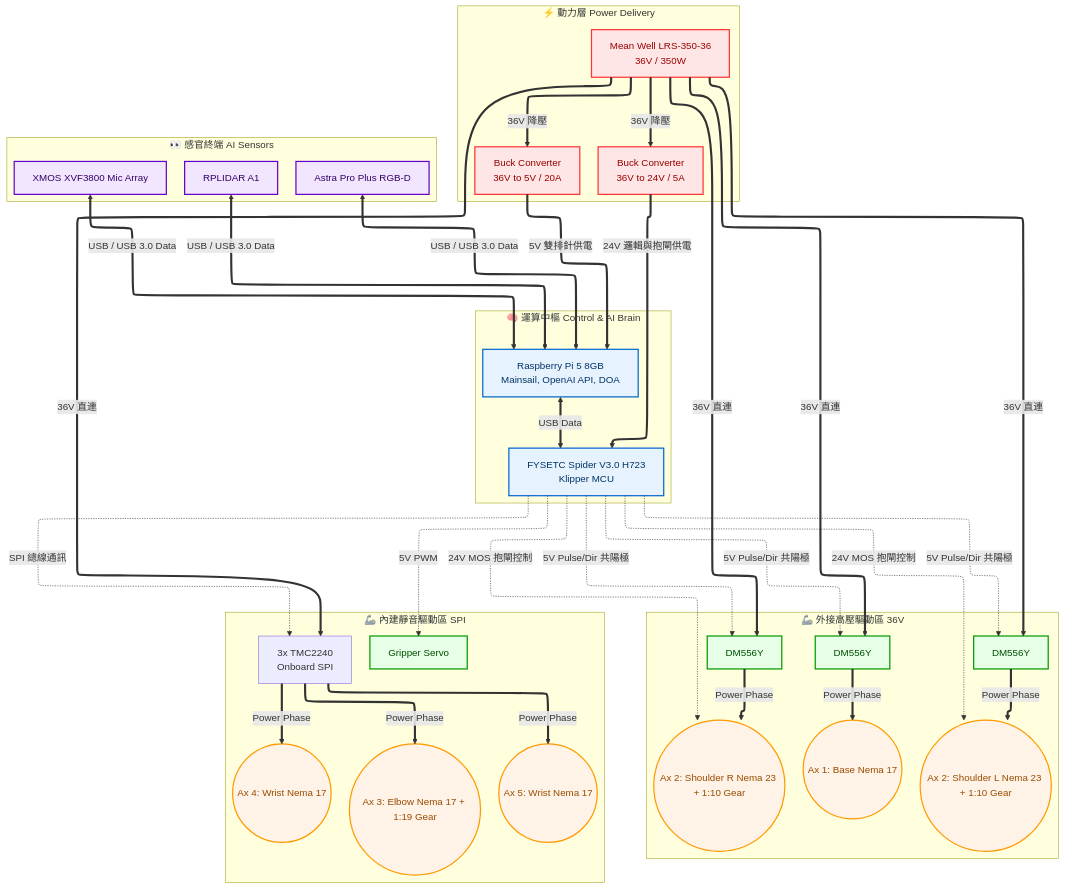
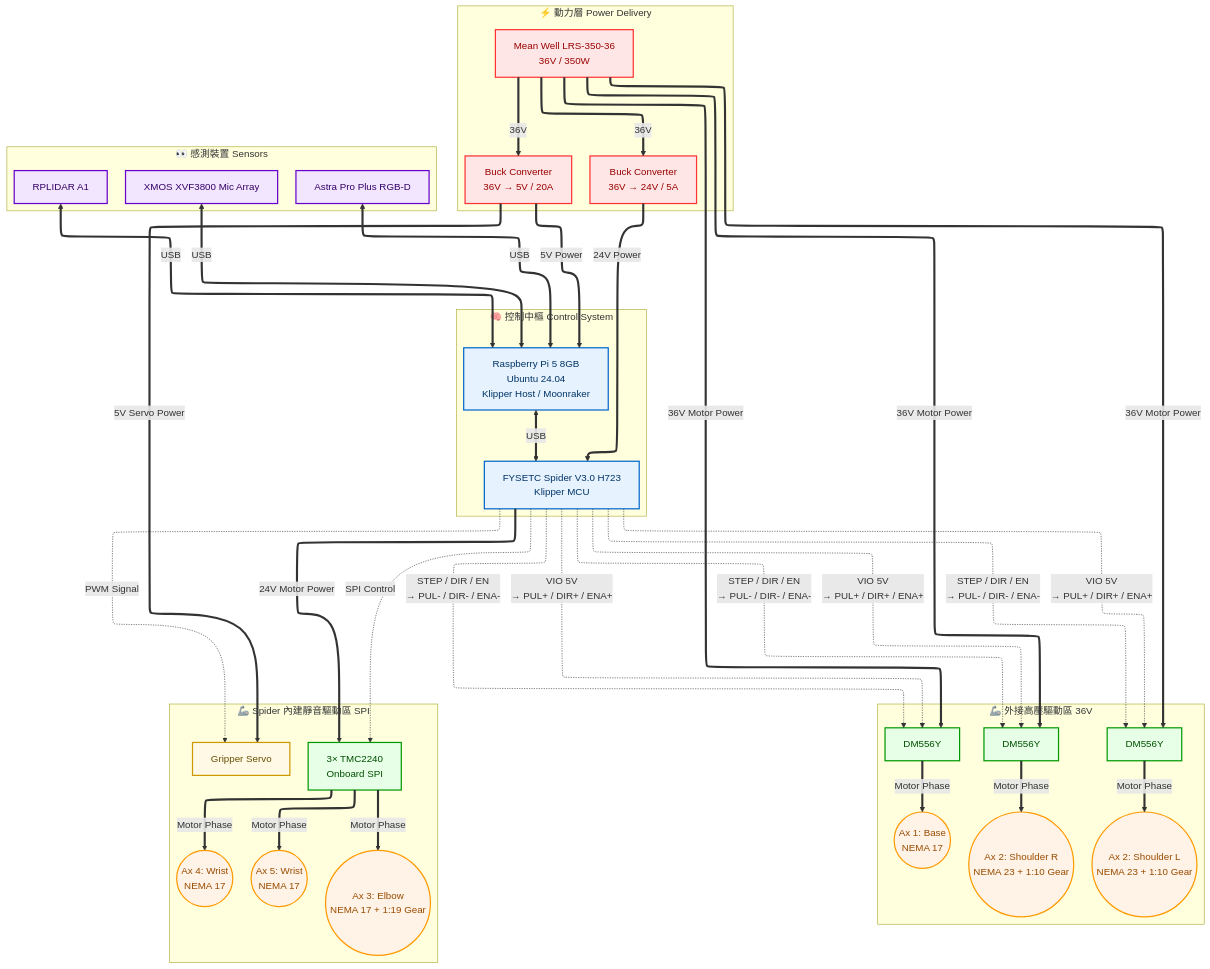
The diagram in README.md (chuangivan/Moveo-AI-Klipper-Integration), drawn with Mermaid before and after one commit. The commit also changed other lines of this file, not shown here.

Commit message:
Revise README for Moveo-AI project
Updated project description and hardware specifications for clarity and detail.

````diff
--- a/README.md
+++ b/README.md
@@ -26,78 +30,139 @@
   layout: elk
 ---
 flowchart TB
- subgraph PowerLayer["⚡ 動力層 Power Delivery"]
+
+  subgraph PowerLayer["⚡ 動力層 Power Delivery"]
     direction LR
-        PSU["Mean Well LRS-350-36<br>36V / 350W"]
-        Buck5V["Buck Converter<br>36V to 5V / 20A"]
-        Buck24V["Buck Converter<br>36V to 24V / 5A"]
+      PSU["Mean Well LRS-350-36<br>36V / 350W"]
+      Buck5V["Buck Converter<br>36V → 5V / 20A"]
+      Buck24V["Buck Converter<br>36V → 24V / 5A"]
   end
- subgraph ComputeLayer["🧠 運算中樞 Control & AI Brain"]
+
+  subgraph ComputeLayer["🧠 控制中樞 Control System"]
     direction LR
-        Pi5["Raspberry Pi 5 8GB<br>Mainsail, OpenAI API, DOA"]
-        Spider["FYSETC Spider V3.0 H723<br>Klipper MCU"]
+      Pi5["Raspberry Pi 5 8GB<br>Ubuntu 24.04<br>Klipper Host / Moonraker"]
+      Spider["FYSETC Spider V3.0 H723<br>Klipper MCU"]
   end
- subgraph SensorLayer["👀 感官終端 AI Sensors"]
+
+  subgraph SensorLayer["👀 感測裝置 Sensors"]
     direction TB
-        Mic["XMOS XVF3800 Mic Array"]
-        Cam["Astra Pro Plus RGB-D"]
-        Lidar["RPLIDAR A1"]
+      Mic["XMOS XVF3800 Mic Array"]
+      Cam["Astra Pro Plus RGB-D"]
+      Lidar["RPLIDAR A1"]
   end
- subgraph ExtDrive["🦾 外接高壓驅動區 36V"]
+
+  subgraph ExtDrive["🦾 外接高壓驅動區 36V"]
     direction TB
-        DM1["DM556Y"]
-        DM2L["DM556Y"]
-        DM2R["DM556Y"]
-        M1(("Ax 1: Base Nema 17"))
-        M2L(("Ax 2: Shoulder L Nema 23 + 1:10 Gear"))
-        M2R(("Ax 2: Shoulder R Nema 23 + 1:10 Gear"))
+      DM1["DM556Y"]
+      DM2L["DM556Y"]
+      DM2R["DM556Y"]
+
+      M1(("Ax 1: Base<br>NEMA 17"))
+      M2L(("Ax 2: Shoulder L<br>NEMA 23 + 1:10 Gear"))
+      M2R(("Ax 2: Shoulder R<br>NEMA 23 + 1:10 Gear"))
   end
- subgraph IntDrive["🦾 內建靜音驅動區 SPI"]
+
+  subgraph IntDrive["🦾 Spider 內建靜音驅動區 SPI"]
     direction TB
-        TMC["3x TMC2240<br>Onboard SPI"]
-        M3(("Ax 3: Elbow Nema 17 + 1:19 Gear"))
-        M4(("Ax 4: Wrist Nema 17"))
-        M5(("Ax 5: Wrist Nema 17"))
-        Servo["Gripper Servo"]
+      TMC["3× TMC2240<br>Onboard SPI"]
+      M3(("Ax 3: Elbow<br>NEMA 17 + 1:19 Gear"))
+      M4(("Ax 4: Wrist<br>NEMA 17"))
+      M5(("Ax 5: Wrist<br>NEMA 17"))
+      Servo["Gripper Servo"]
   end
-    PSU == 36V 直連 ==> DM1 & DM2L & DM2R & TMC
-    PSU == 36V 降壓 ==> Buck5V & Buck24V
-    Buck5V == 5V 雙排針供電 ==> Pi5
-    Buck24V == 24V 邏輯與抱閘供電 ==> Spider
-    Mic <== "USB / USB 3.0 Data" ==> Pi5
-    Cam <== "USB / USB 3.0 Data" ==> Pi5
-    Lidar <== "USB / USB 3.0 Data" ==> Pi5
-    Pi5 <== USB Data ==> Spider
-    Spider -. 5V Pulse/Dir 共陽極 .-> DM1 & DM2L & DM2R
-    Spider -. SPI 總線通訊 .-> TMC
-    Spider -. 24V MOS 抱閘控制 .-> M2L & M2R
-    Spider -. 5V PWM .-> Servo
-    DM1 == Power Phase ===> M1
-    DM2L == Power Phase ===> M2L
-    DM2R == Power Phase ===> M2R
-    TMC == Power Phase ===> M3 & M4 & M5
 
-     PSU:::power
-     Buck5V:::power
-     Buck24V:::power
-     Pi5:::compute
-     Spider:::compute
-     Mic:::ai
-     Cam:::ai
-     Lidar:::ai
-     DM1:::driver
-     DM2L:::driver
-     DM2R:::driver
-     M1:::motor
-     M2L:::motor
-     M2R:::motor
-     M3:::motor
-     M4:::motor
-     M5:::motor
-     Servo:::driver
-    classDef power fill:#ffe6e6,stroke:#ff3333,stroke-width:2px,color:#990000
-    classDef compute fill:#e6f3ff,stroke:#0066cc,stroke-width:2px,color:#003366
-    classDef driver fill:#e6ffe6,stroke:#009900,stroke-width:2px,color:#004d00
-    classDef motor fill:#fff2e6,stroke:#ff9900,stroke-width:2px,color:#994c00
-    classDef ai fill:#f2e6ff,stroke:#6600cc,stroke-width:2px,color:#330066
+  %% =========================
+  %% Power Distribution
+  %% =========================
+
+  PSU == "36V Motor Power" ==> DM1 & DM2L & DM2R
+  PSU == "36V" ==> Buck5V & Buck24V
+
+  Buck5V == "5V Power" ==> Pi5
+  Buck5V == "5V Servo Power" ==> Servo
+
+  Buck24V == "24V Power" ==> Spider
+
+  %% =========================
+  %% Sensors
+  %% =========================
+
+  Mic <== "USB" ==> Pi5
+  Cam <== "USB" ==> Pi5
+  Lidar <== "USB" ==> Pi5
+
+  %% =========================
+  %% Host / MCU Communication
+  %% =========================
+
+  Pi5 <== "USB" ==> Spider
+
+  %% =========================
+  %% External DM556Y Drivers
+  %% Spider Driver Socket:
+  %% VIO 5V → Common Anode
+  %% STEP / DIR / EN → Negative Inputs
+  %% =========================
+
+  Spider -. "VIO 5V<br>→ PUL+ / DIR+ / ENA+" .-> DM1 & DM2L & DM2R
+  Spider -. "STEP / DIR / EN<br>→ PUL- / DIR- / ENA-" .-> DM1 & DM2L & DM2R
+
+  %% =========================
+  %% Internal TMC2240 Drivers
+  %% =========================
+
+  Spider -. "SPI Control" .-> TMC
+  Spider == "24V Motor Power" ==> TMC
+
+  %% =========================
+  %% Gripper
+  %% =========================
+
+  Spider -. "PWM Signal" .-> Servo
+
+  %% =========================
+  %% Motors
+  %% =========================
+
+  DM1 == "Motor Phase" ==> M1
+  DM2L == "Motor Phase" ==> M2L
+  DM2R == "Motor Phase" ==> M2R
+
+  TMC == "Motor Phase" ==> M3 & M4 & M5
+
+  %% =========================
+  %% Styles
+  %% =========================
+
+  PSU:::power
+  Buck5V:::power
+  Buck24V:::power
+
+  Pi5:::compute
+  Spider:::compute
+
+  Mic:::sensor
+  Cam:::sensor
+  Lidar:::sensor
+
+  DM1:::driver
+  DM2L:::driver
+  DM2R:::driver
+  TMC:::driver
+
+  M1:::motor
+  M2L:::motor
+  M2R:::motor
+  M3:::motor
+  M4:::motor
+  M5:::motor
+
+  Servo:::actuator
+
+  classDef power fill:#ffe6e6,stroke:#ff3333,stroke-width:2px,color:#990000
+  classDef compute fill:#e6f3ff,stroke:#0066cc,stroke-width:2px,color:#003366
+  classDef driver fill:#e6ffe6,stroke:#009900,stroke-width:2px,color:#004d00
+  classDef motor fill:#fff2e6,stroke:#ff9900,stroke-width:2px,color:#994c00
+  classDef sensor fill:#f2e6ff,stroke:#6600cc,stroke-width:2px,color:#330066
+  classDef actuator fill:#fff9e6,stroke:#cc9900,stroke-width:2px,color:#665000
 ```
````
